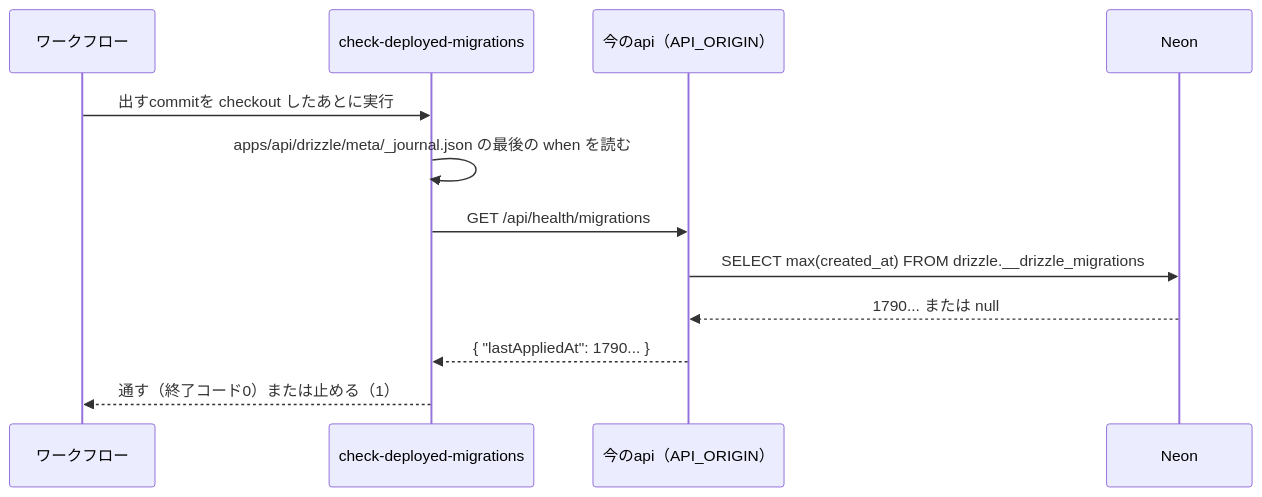
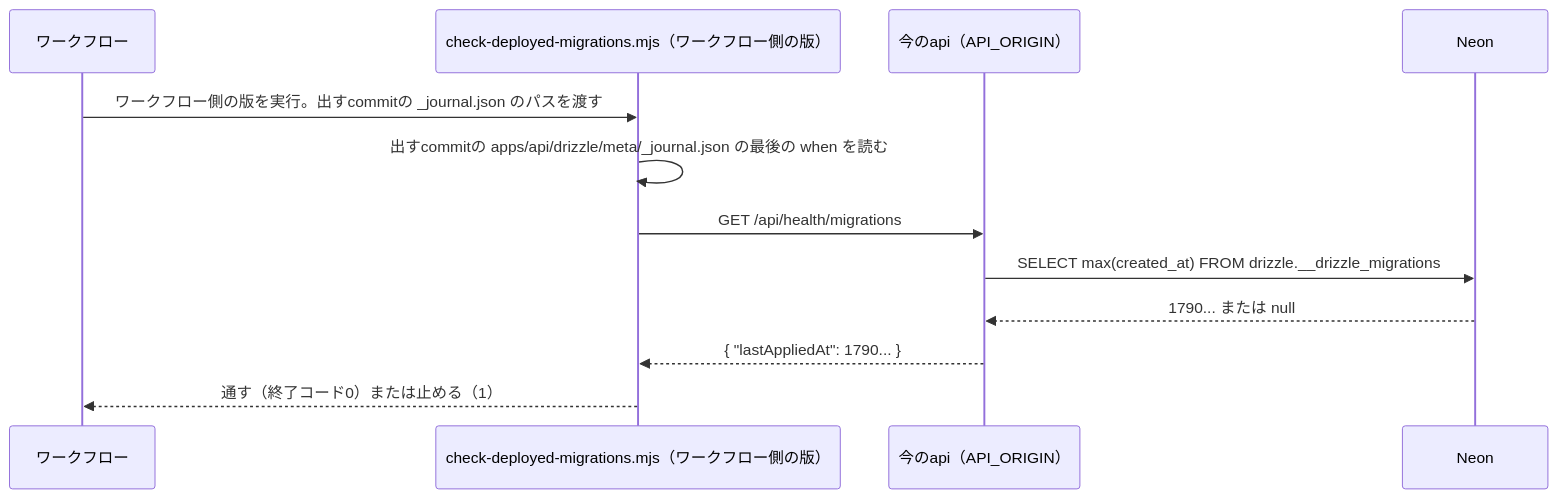
Before and after one commit to oze-xxbumpxx/Tomotabi: the third of 3 diagrams in docs/designs/migration-deploy-check.md, drawn with Mermaid. The commit also changed other lines of this file and 1 other file, not shown here.

````diff
--- a/docs/designs/migration-deploy-check.md
+++ b/docs/designs/migration-deploy-check.md
@@ -58,14 +58,14 @@
 ```mermaid
 sequenceDiagram
   participant GH as ワークフロー
-  participant CLI as check-deployed-migrations
+  participant CLI as check-deployed-migrations.mjs（ワークフロー側の版）
   participant API as 今のapi（API_ORIGIN）
   participant DB as Neon
-  GH->>CLI: 出すcommitを checkout したあとに実行
-  CLI->>CLI: apps/api/drizzle/meta/_journal.json の最後の when を読む
+  GH->>CLI: ワークフロー側の版を実行。出すcommitの _journal.json のパスを渡す
+  CLI->>CLI: 出すcommitの apps/api/drizzle/meta/_journal.json の最後の when を読む
   CLI->>API: GET /api/health/migrations
   API->>DB: SELECT max(created_at) FROM drizzle.__drizzle_migrations
   DB-->>API: 1790... または null
   API-->>CLI: { "lastAppliedAt": 1790... }
   CLI-->>GH: 通す（終了コード0）または止める（1）
 ```
````
